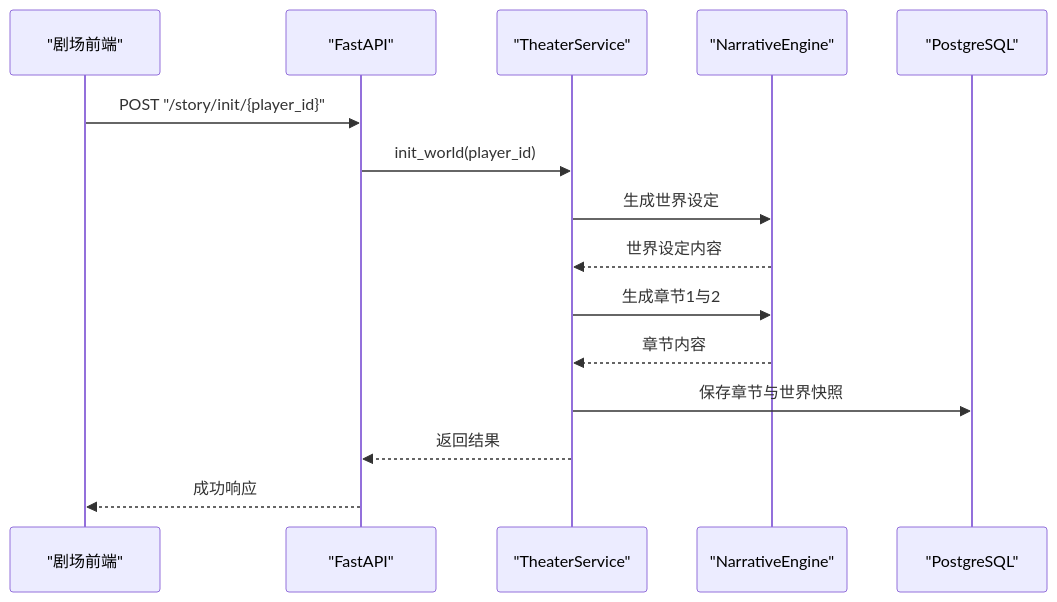
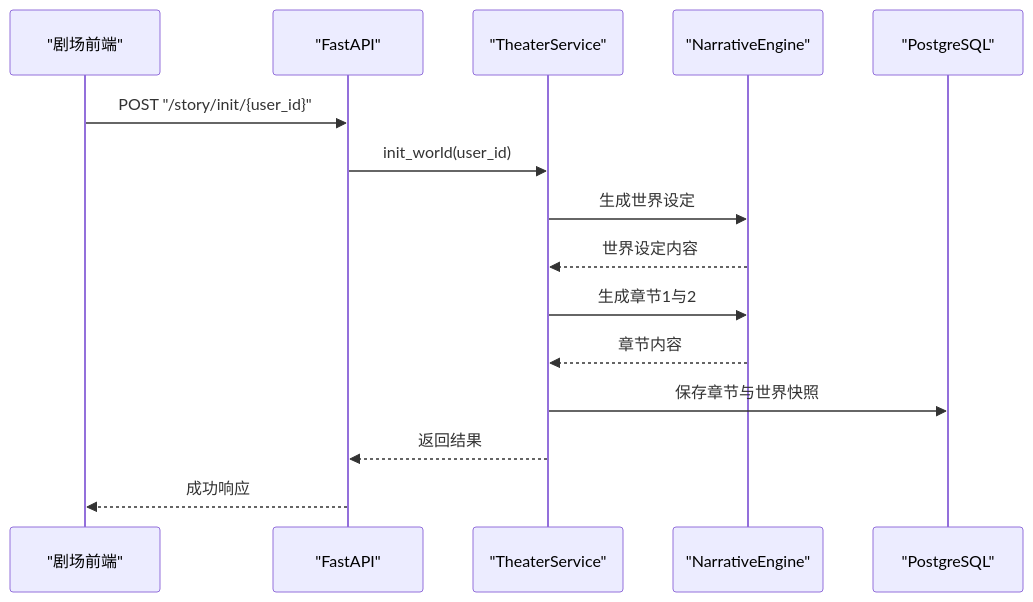
The fourth of 7 diagrams in .qoder/repowiki/zh/content/项目概述/项目概述.md (KunLabAI/KunFlix), drawn with Mermaid before and after one commit. The commit also changed other lines of this file and 88 other files, not shown here.

````diff
--- a/.qoder/repowiki/zh/content/项目概述/项目概述.md
+++ b/.qoder/repowiki/zh/content/项目概述/项目概述.md
@@ -242,17 +210,17 @@
 ```mermaid
 sequenceDiagram
 participant Client as "剧场前端"
 participant API as "FastAPI"
 participant GS as "TheaterService"
 participant NE as "NarrativeEngine"
 participant DB as "PostgreSQL"
-Client->>API : POST "/story/init/{player_id}"
-API->>GS : init_world(player_id)
+Client->>API : POST "/story/init/{user_id}"
+API->>GS : init_world(user_id)
 GS->>NE : 生成世界设定
 NE-->>GS : 世界设定内容
 GS->>NE : 生成章节1与2
 NE-->>GS : 章节内容
 GS->>DB : 保存章节与世界快照
 GS-->>API : 返回结果
 API-->>Client : 成功响应
 ```
````
